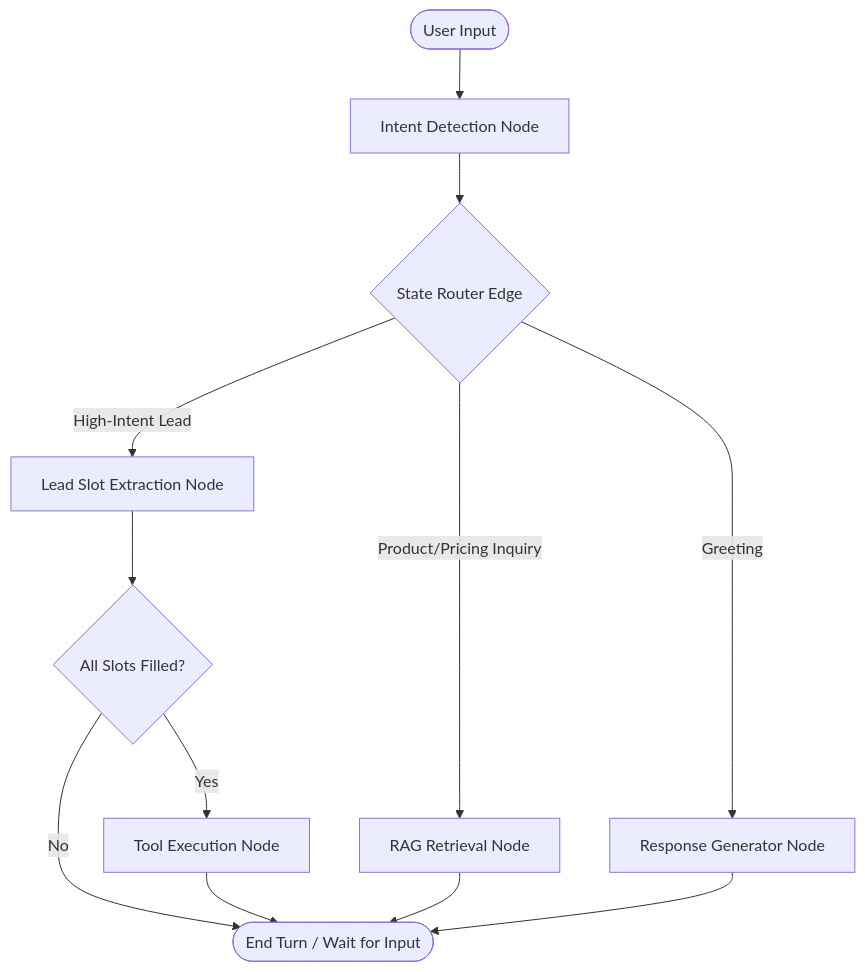
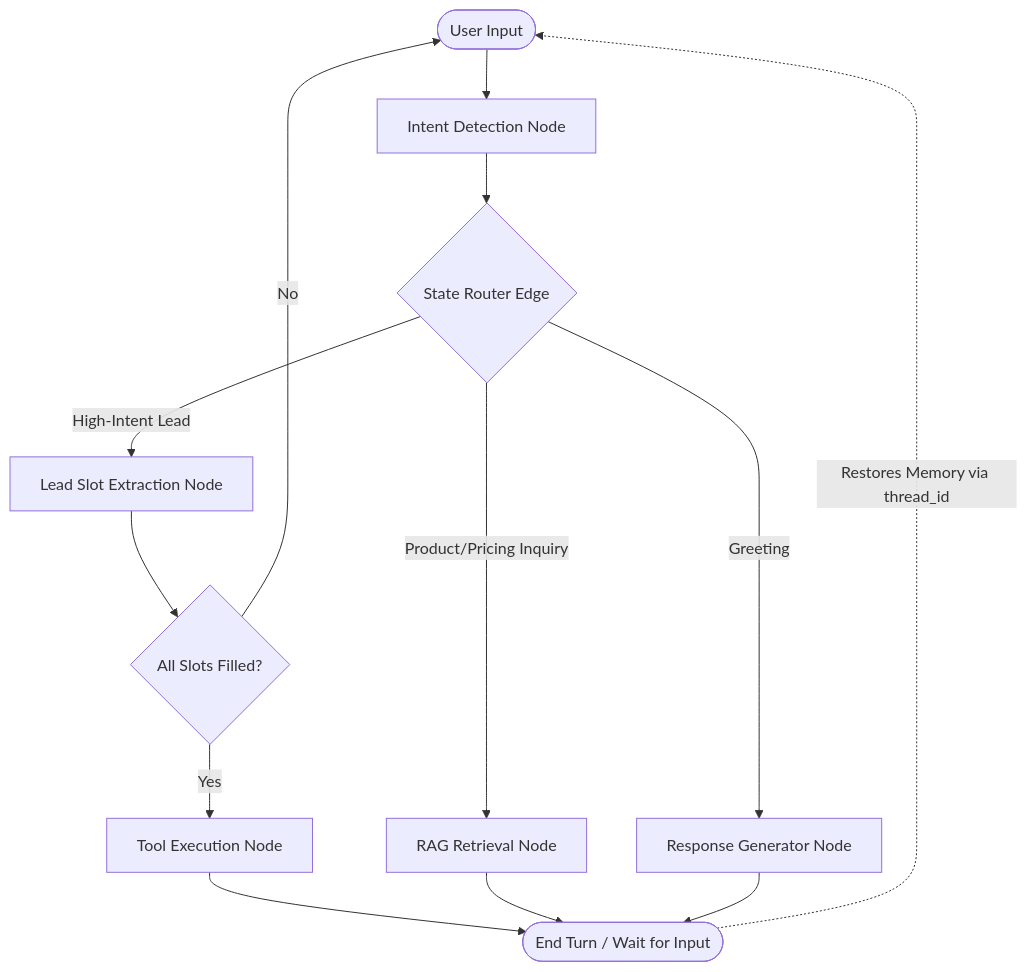
Before and after one commit to praneethreddyganta/AutoStream-Agentic-AI: the diagram in README.md, drawn with Mermaid. The commit also changed 1 other file, not shown here.

Commit message:
docs: update architecture diagram to show active loop-back for slot-filling and fix banner

````diff
--- a/README.md
+++ b/README.md
@@ -31,17 +31,19 @@
 ```mermaid
 graph TD
     User([User Input]) --> Intent[Intent Detection Node]
     Intent --> Router{State Router Edge}
     
     Router -- "Greeting" --> ResponseGen[Response Generator Node]
     Router -- "Product/Pricing Inquiry" --> RAG[RAG Retrieval Node]
     Router -- "High-Intent Lead" --> Qualifier[Lead Slot Extraction Node]
     
     Qualifier --> Complete{All Slots Filled?}
-    Complete -- "No" --> END([End Turn / Wait for Input])
+    Complete -- "No" --> User
     Complete -- "Yes" --> Tool[Tool Execution Node]
     
-    Tool --> END
+    Tool --> END([End Turn / Wait for Input])
     RAG --> END
     ResponseGen --> END
+    
+    END -.->|Restores Memory via thread_id| User
 ```
````
